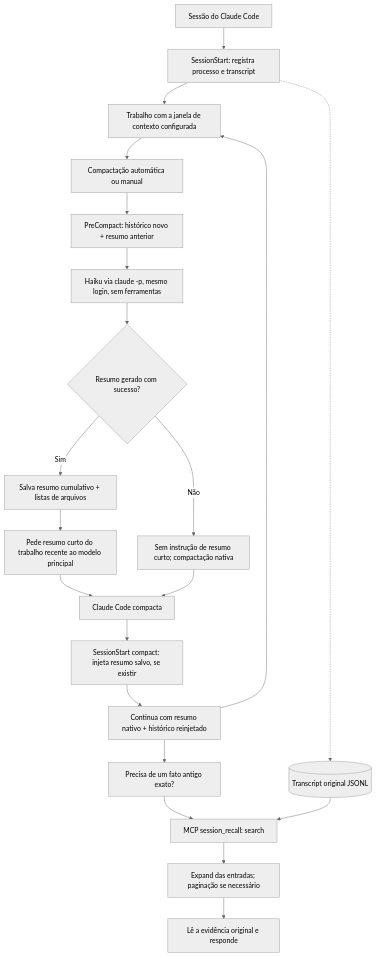
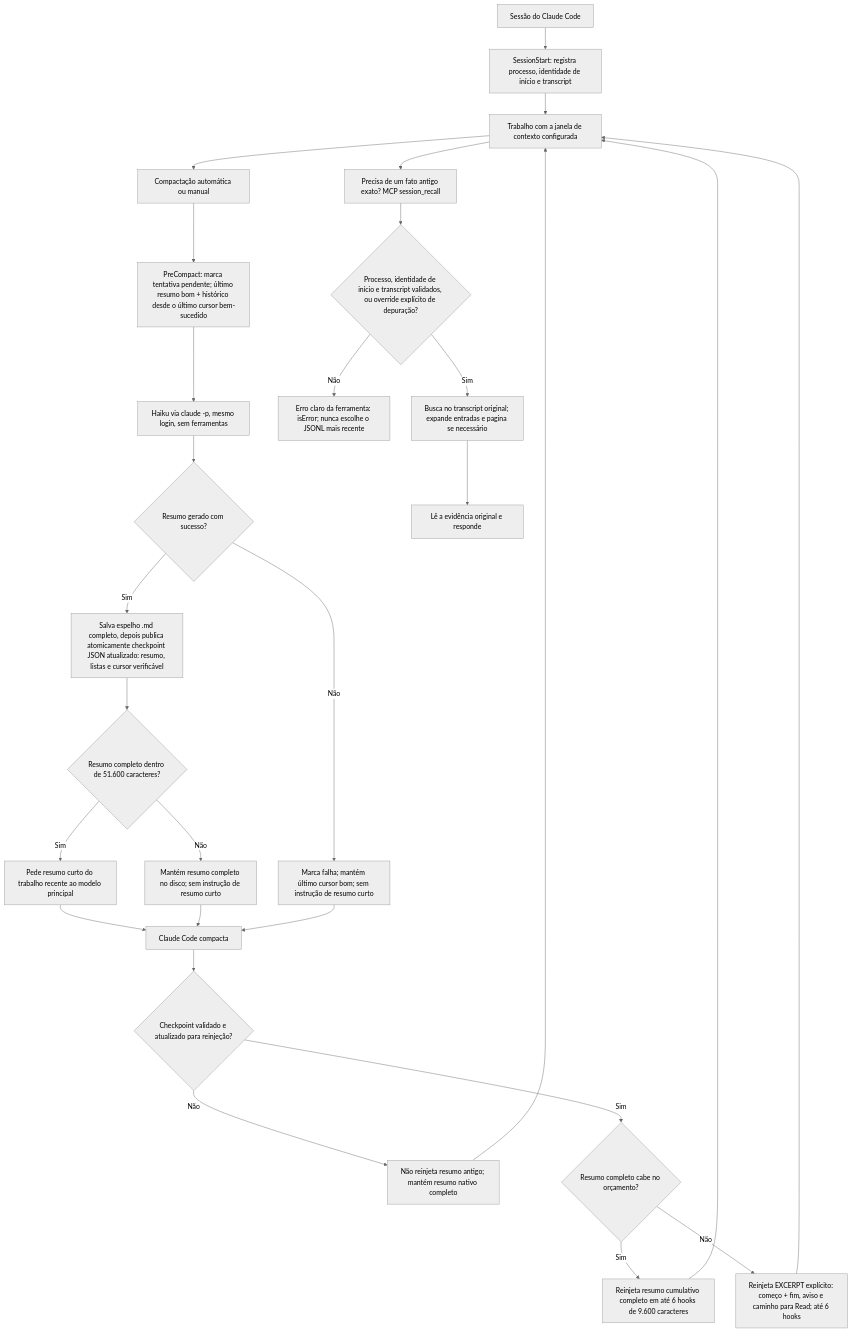
One commit to joaovitor2763/claude-contextmanagement changed the diagram in README.pt-BR.md. Above: the diagram before and after it, drawn with Mermaid (neutral theme). The commit also changed other lines of this file and 14 other files, not shown here.

First line of the commit message:
fix: preserve context checkpoints and isolate session recall

````diff
--- a/README.pt-BR.md
+++ b/README.pt-BR.md
@@ -21,23 +21,30 @@
 ```mermaid
 flowchart TD
-    A["Sessão do Claude Code"] --> B["SessionStart: registra processo e transcript"]
+    A["Sessão do Claude Code"] --> B["SessionStart: registra processo, identidade de início e transcript"]
     B --> C["Trabalho com a janela de contexto configurada"]
     C --> D["Compactação automática ou manual"]
-    D --> E["PreCompact: histórico novo + resumo anterior"]
+    D --> E["PreCompact: marca tentativa pendente; último resumo bom + histórico desde o último cursor bem-sucedido"]
     E --> F["Haiku via claude -p, mesmo login, sem ferramentas"]
     F --> G{"Resumo gerado com sucesso?"}
-    G -->|Sim| H["Salva resumo cumulativo + listas de arquivos"]
-    H --> I["Pede resumo curto do trabalho recente ao modelo principal"]
-    G -->|Não| J["Sem instrução de resumo curto; compactação nativa"]
-    I --> K["Claude Code compacta"]
-    J --> K
-    K --> L["SessionStart compact: injeta resumo salvo, se existir"]
-    L --> M["Continua com resumo nativo + histórico reinjetado"]
-    M --> C
-    M --> N["Precisa de um fato antigo exato?"]
-    N --> O["MCP session_recall: search"]
-    P[("Transcript original JSONL")] --> O
-    O --> Q["Expand das entradas; paginação se necessário"]
-    Q --> R["Lê a evidência original e responde"]
-    B -.-> P
+    G -->|Sim| H["Salva espelho .md completo, depois publica atomicamente checkpoint JSON atualizado: resumo, listas e cursor verificável"]
+    G -->|Não| J["Marca falha; mantém último cursor bom; sem instrução de resumo curto"]
+    H --> I{"Resumo completo dentro de 51.600 caracteres?"}
+    I -->|Sim| K["Pede resumo curto do trabalho recente ao modelo principal"]
+    I -->|Não| L["Mantém resumo completo no disco; sem instrução de resumo curto"]
+    K --> M["Claude Code compacta"]
+    L --> M
+    J --> M
+    M --> N{"Checkpoint validado e atualizado para reinjeção?"}
+    N -->|Não| O["Não reinjeta resumo antigo; mantém resumo nativo completo"]
+    N -->|Sim| P{"Resumo completo cabe no orçamento?"}
+    P -->|Sim| Q["Reinjeta resumo cumulativo completo em até 6 hooks de 9.600 caracteres"]
+    P -->|Não| R["Reinjeta EXCERPT explícito: começo + fim, aviso e caminho para Read; até 6 hooks"]
+    O --> C
+    Q --> C
+    R --> C
+    C --> S["Precisa de um fato antigo exato? MCP session_recall"]
+    S --> T{"Processo, identidade de início e transcript validados, ou override explícito de depuração?"}
+    T -->|Não| U["Erro claro da ferramenta: isError; nunca escolhe o JSONL mais recente"]
+    T -->|Sim| V["Busca no transcript original; expande entradas e pagina se necessário"]
+    V --> W["Lê a evidência original e responde"]
 ```
````
